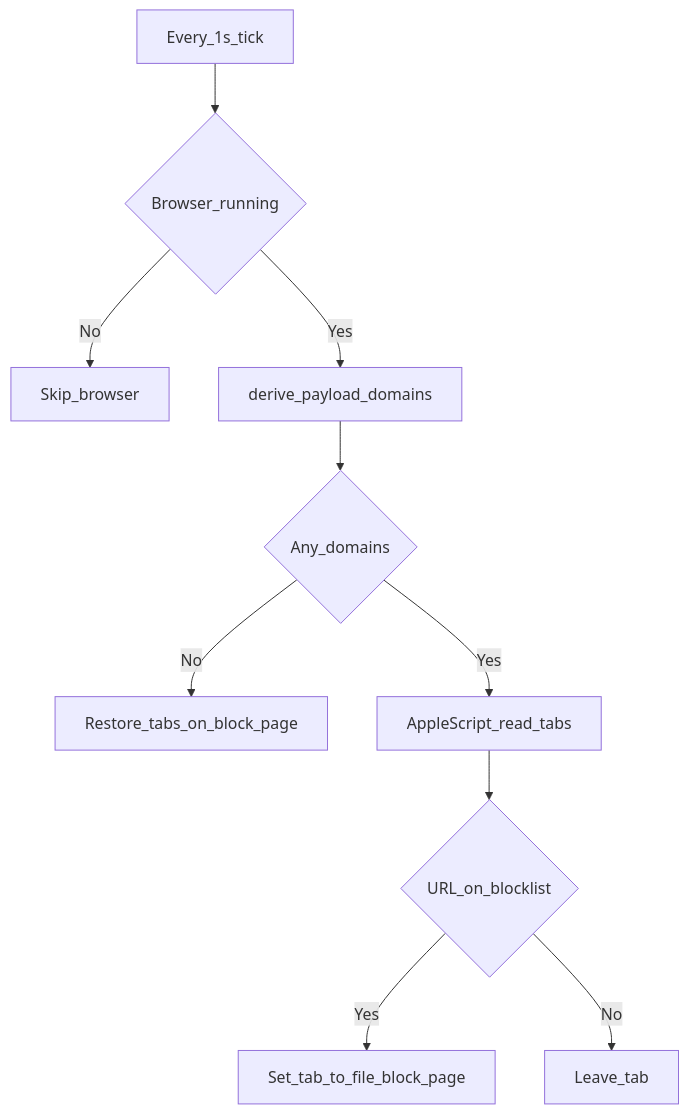
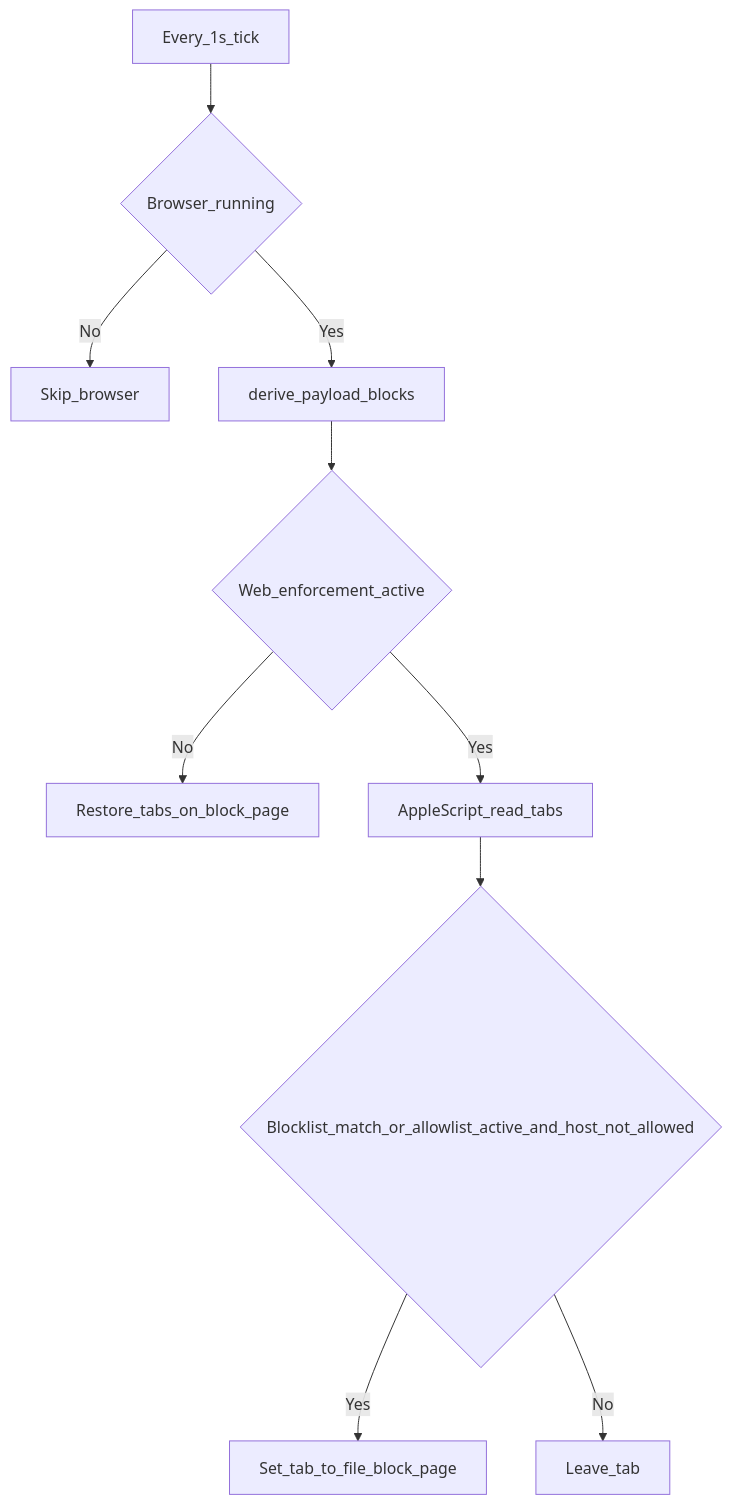
One commit to kasnder/redd-block changed the second of 5 diagrams in architecture.md. Above: the diagram before and after it, drawn with Mermaid. The commit also changed other lines of this file and 4 other files, not shown here.

````diff
--- a/architecture.md
+++ b/architecture.md
@@ -243,12 +248,12 @@
 ```mermaid
 flowchart TD
     tick[Every_1s_tick] --> running{Browser_running}
     running -->|No| skip[Skip_browser]
-    running -->|Yes| domains[derive_payload_domains]
-    domains --> empty{Any_domains}
-    empty -->|No| restore[Restore_tabs_on_block_page]
-    empty -->|Yes| script[AppleScript_read_tabs]
-    script --> match{URL_on_blocklist}
+    running -->|Yes| blocks[derive_payload_blocks]
+    blocks --> active{Web_enforcement_active}
+    active -->|No| restore[Restore_tabs_on_block_page]
+    active -->|Yes| script[AppleScript_read_tabs]
+    script --> match{Blocklist_match_or_allowlist_active_and_host_not_allowed}
     match -->|Yes| redirect[Set_tab_to_file_block_page]
     match -->|No| done[Leave_tab]
 ```
````
